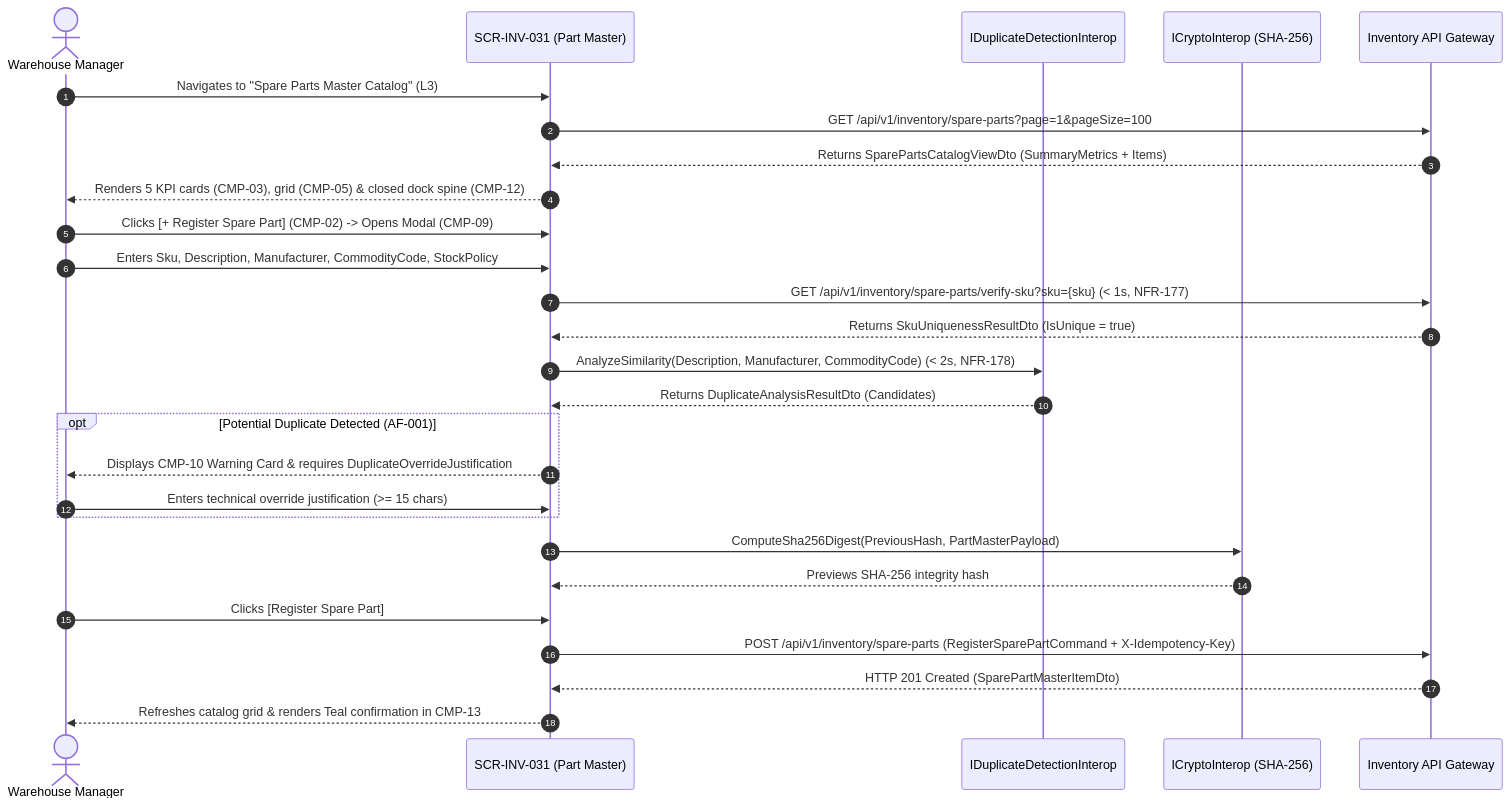
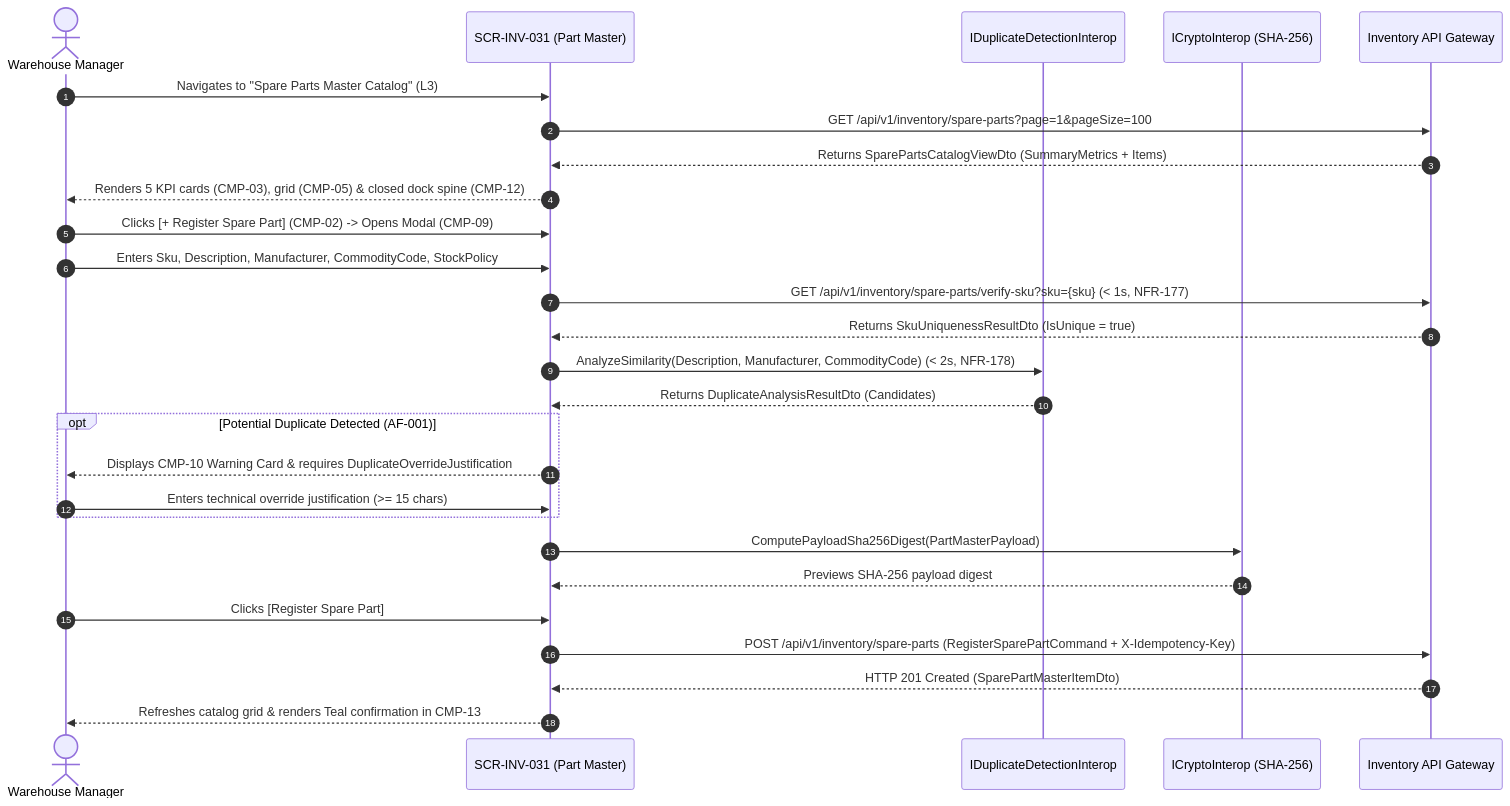
Before and after one commit to Novav20/adso-dteam-docs: the diagram in ui-ux/screens/inv/SCR-INV-031.md, drawn with Mermaid. The commit also changed other lines of this file and 9 other files, not shown here.

````diff
--- a/ui-ux/screens/inv/SCR-INV-031.md
+++ b/ui-ux/screens/inv/SCR-INV-031.md
@@ -227,30 +227,30 @@
 ```mermaid
 sequenceDiagram
     autonumber
     actor WM as Warehouse Manager
     participant UI as SCR-INV-031 (Part Master)
     participant Dup as IDuplicateDetectionInterop
     participant Crypto as ICryptoInterop (SHA-256)
     participant API as Inventory API Gateway
 
     WM->>UI: Navigates to "Spare Parts Master Catalog" (L3)
     UI->>API: GET /api/v1/inventory/spare-parts?page=1&pageSize=100
     API-->>UI: Returns SparePartsCatalogViewDto (SummaryMetrics + Items)
     UI-->>WM: Renders 5 KPI cards (CMP-03), grid (CMP-05) & closed dock spine (CMP-12)
     WM->>UI: Clicks [+ Register Spare Part] (CMP-02) -> Opens Modal (CMP-09)
     WM->>UI: Enters Sku, Description, Manufacturer, CommodityCode, StockPolicy
     UI->>API: GET /api/v1/inventory/spare-parts/verify-sku?sku={sku} (< 1s, NFR-177)
     API-->>UI: Returns SkuUniquenessResultDto (IsUnique = true)
     UI->>Dup: AnalyzeSimilarity(Description, Manufacturer, CommodityCode) (< 2s, NFR-178)
     Dup-->>UI: Returns DuplicateAnalysisResultDto (Candidates)
     opt Potential Duplicate Detected (AF-001)
         UI-->>WM: Displays CMP-10 Warning Card & requires DuplicateOverrideJustification
         WM->>UI: Enters technical override justification (>= 15 chars)
     end
-    UI->>Crypto: ComputeSha256Digest(PreviousHash, PartMasterPayload)
-    Crypto-->>UI: Previews SHA-256 integrity hash
+    UI->>Crypto: ComputePayloadSha256Digest(PartMasterPayload)
+    Crypto-->>UI: Previews SHA-256 payload digest
     WM->>UI: Clicks [Register Spare Part]
     UI->>API: POST /api/v1/inventory/spare-parts (RegisterSparePartCommand + X-Idempotency-Key)
     API-->>UI: HTTP 201 Created (SparePartMasterItemDto)
     UI-->>WM: Refreshes catalog grid & renders Teal confirmation in CMP-13
 ```
````
